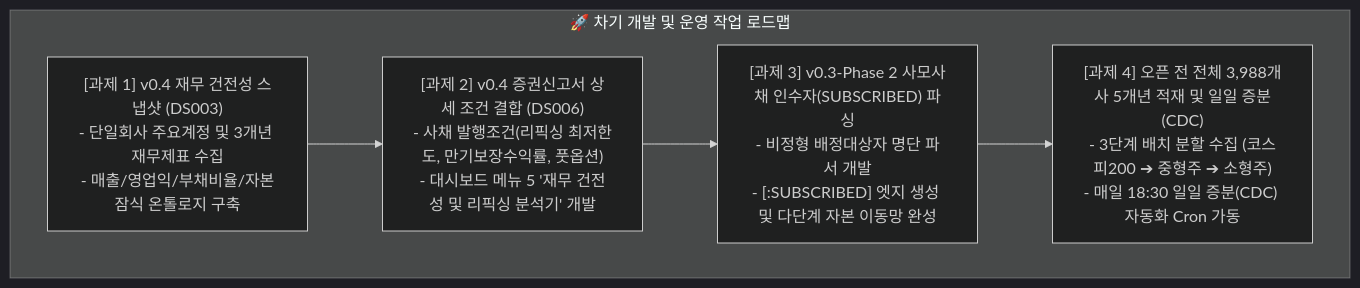
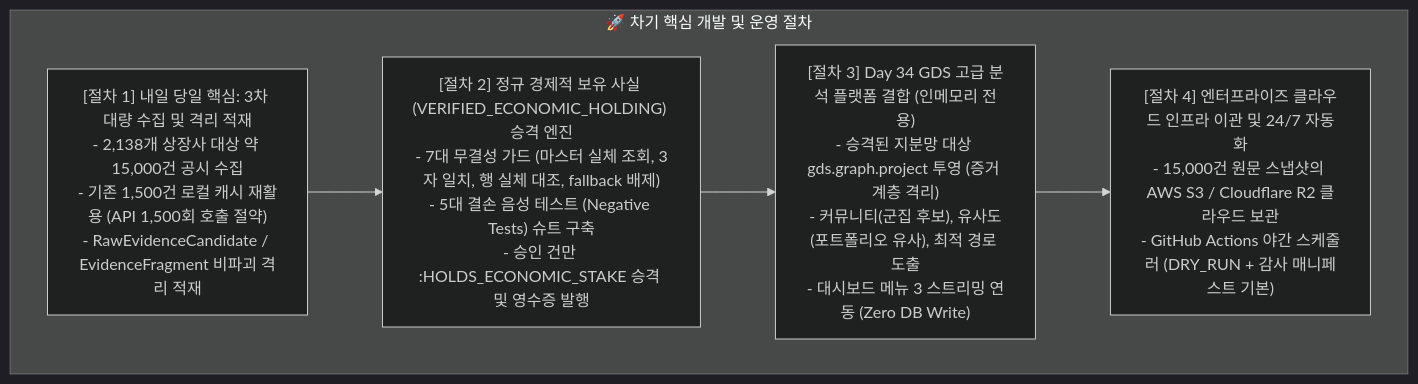
The diagram in 내작업폴더/schedule.md (mycar4/enkoa-practice-knowledge-graph), drawn with Mermaid (dark theme) before and after one commit. The commit also changed other lines of this file and 1 other file, not shown here.

Commit message:
docs(schedule): update status for 1500 evidence load, inspector ui, and next procedures for 15000 batch

````diff
--- a/내작업폴더/schedule.md
+++ b/내작업폴더/schedule.md
@@ -27,11 +27,11 @@
 ```mermaid
 flowchart TD
-    subgraph NextTasks ["🚀 차기 개발 및 운영 작업 로드맵"]
-        T1["[과제 1] v0.4 재무 건전성 스냅샷 (DS003)\n- 단일회사 주요계정 및 3개년 재무제표 수집\n- 매출/영업익/부채비율/자본잠식 온톨로지 구축"]
-        T2["[과제 2] v0.4 증권신고서 상세 조건 결합 (DS006)\n- 사채 발행조건(리픽싱 최저한도, 만기보장수익률, 풋옵션)\n- 대시보드 메뉴 5 '재무 건전성 및 리픽싱 분석기' 개발"]
-        T3["[과제 3] v0.3-Phase 2 사모사채 인수자(SUBSCRIBED) 파싱\n- 비정형 배정대상자 명단 파서 개발\n- [:SUBSCRIBED] 엣지 생성 및 다단계 자본 이동망 완성"]
-        T4["[과제 4] 오픈 전 전체 3,988개사 5개년 적재 및 일일 증분(CDC)\n- 3단계 배치 분할 수집 (코스피200 ➔ 중형주 ➔ 소형주)\n- 매일 18:30 일일 증분(CDC) 자동화 Cron 가동"]
+    subgraph UpcomingTasks ["🚀 차기 핵심 개발 및 운영 절차"]
+        T1["[절차 1] 내일 당일 핵심: 3차 대량 수집 및 격리 적재\n- 2,138개 상장사 대상 약 15,000건 공시 수집\n- 기존 1,500건 로컬 캐시 재활용 (API 1,500회 호출 절약)\n- RawEvidenceCandidate / EvidenceFragment 비파괴 격리 적재"]
+        T2["[절차 2] 정규 경제적 보유 사실 (VERIFIED_ECONOMIC_HOLDING) 승격 엔진\n- 7대 무결성 가드 (마스터 실체 조회, 3자 일치, 행 실체 대조, fallback 배제)\n- 5대 결손 음성 테스트 (Negative Tests) 슈트 구축\n- 승인 건만 :HOLDS_ECONOMIC_STAKE 승격 및 영수증 발행"]
+        T3["[절차 3] Day 34 GDS 고급 분석 플랫폼 결합 (인메모리 전용)\n- 승격된 지분망 대상 gds.graph.project 투영 (증거 계층 격리)\n- 커뮤니티(군집 후보), 유사도(포트폴리오 유사), 최적 경로 도출\n- 대시보드 메뉴 3 스트리밍 연동 (Zero DB Write)"]
+        T4["[절차 4] 엔터프라이즈 클라우드 인프라 이관 및 24/7 자동화\n- 15,000건 원문 스냅샷의 AWS S3 / Cloudflare R2 클라우드 보관\n- GitHub Actions 야간 스케줄러 (DRY_RUN + 감사 매니페스트 기본)"]
     end
 
     T1 --> T2 --> T3 --> T4
 ```
````
